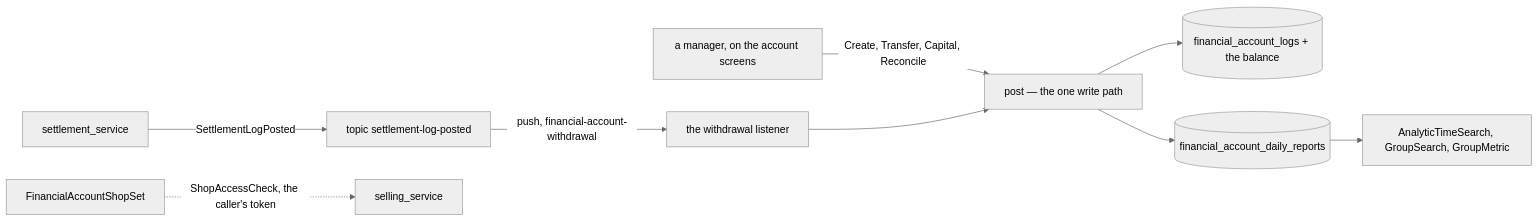
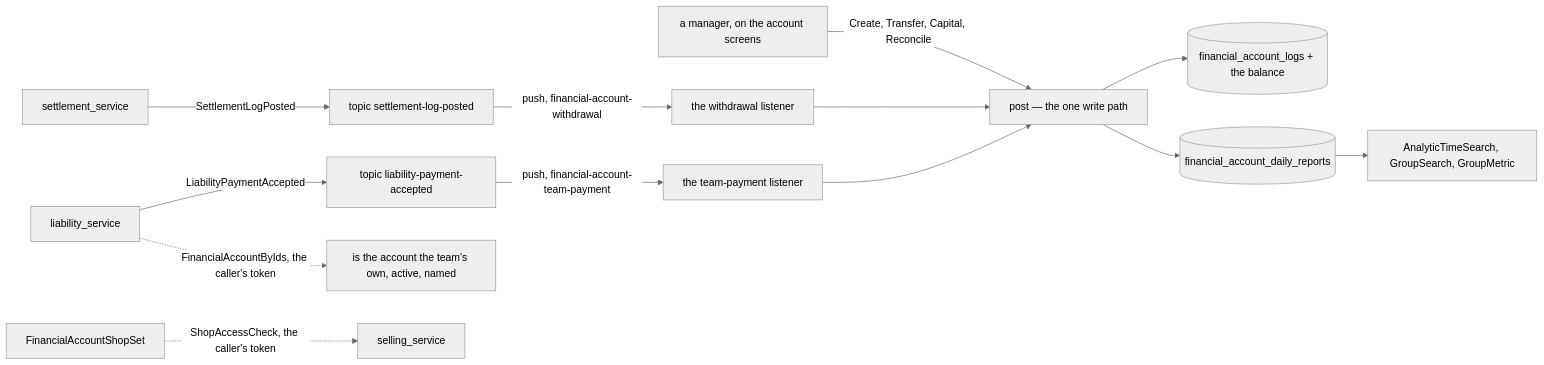
Before and after one commit to pdcgo/warehouse_revamp: the first of 5 diagrams in docs/services/financial_account_service/rpc.md, drawn with Mermaid (neutral theme). The commit also changed other lines of this file and 124 other files, not shown here.

First line of the commit message:
wip: the other passes' uncommitted work — team payment accounts, restock and liability screens

````diff
--- a/docs/services/financial_account_service/rpc.md
+++ b/docs/services/financial_account_service/rpc.md
@@ -31,11 +32,15 @@
 ```mermaid
 flowchart LR
   P["a manager, on the account screens"] -->|"Create, Transfer, Capital, Reconcile"| POST["post — the one write path"]
   S["settlement_service"] -->|"SettlementLogPosted"| T["topic settlement-log-posted"]
   T -->|"push, financial-account-withdrawal"| WL["the withdrawal listener"]
   WL --> POST
+  LS["liability_service"] -->|"LiabilityPaymentAccepted"| LT["topic liability-payment-accepted"]
+  LT -->|"push, financial-account-team-payment"| TL["the team-payment listener"]
+  TL --> POST
+  LS -.->|"FinancialAccountByIds, the caller's token"| BI["is the account the team's own, active, named"]
   POST --> L[("financial_account_logs + the balance")]
   POST --> D[("financial_account_daily_reports")]
   D --> A["AnalyticTimeSearch, GroupSearch, GroupMetric"]
   SS["FinancialAccountShopSet"] -.->|"ShopAccessCheck, the caller's token"| SH["selling_service"]
 ```
````
